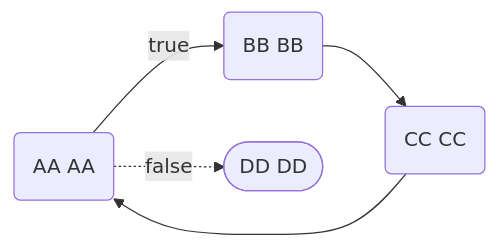
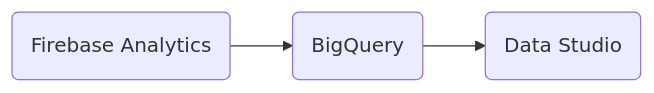
One commit to ho-doan/base_s changed the fifth of 6 diagrams in README.md. Above: the diagram before and after it, drawn with Mermaid. The commit also changed other lines of this file and 1 other file, not shown here.

````diff
--- a/README.md
+++ b/README.md
@@ -114,7 +202,10 @@
 ```mermaid
 graph LR
-A("AA AA")--true-->B;
-A("AA AA")-.false.->D(["DD DD"]);
-B("BB BB")-->C;
-C("CC CC")-->A;
+
+A("Firebase Analytics");
+B("BigQuery");
+C("Data Studio");
+
+A-->B;
+B-->C;
 ```
````
